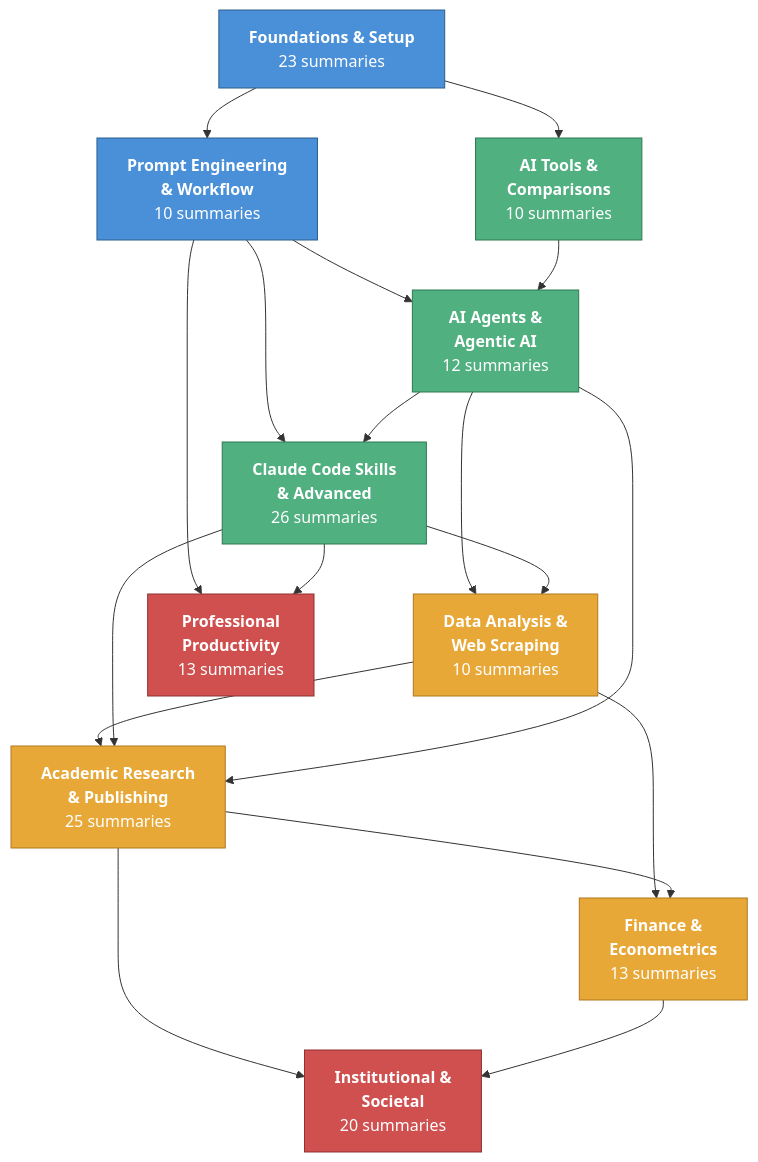
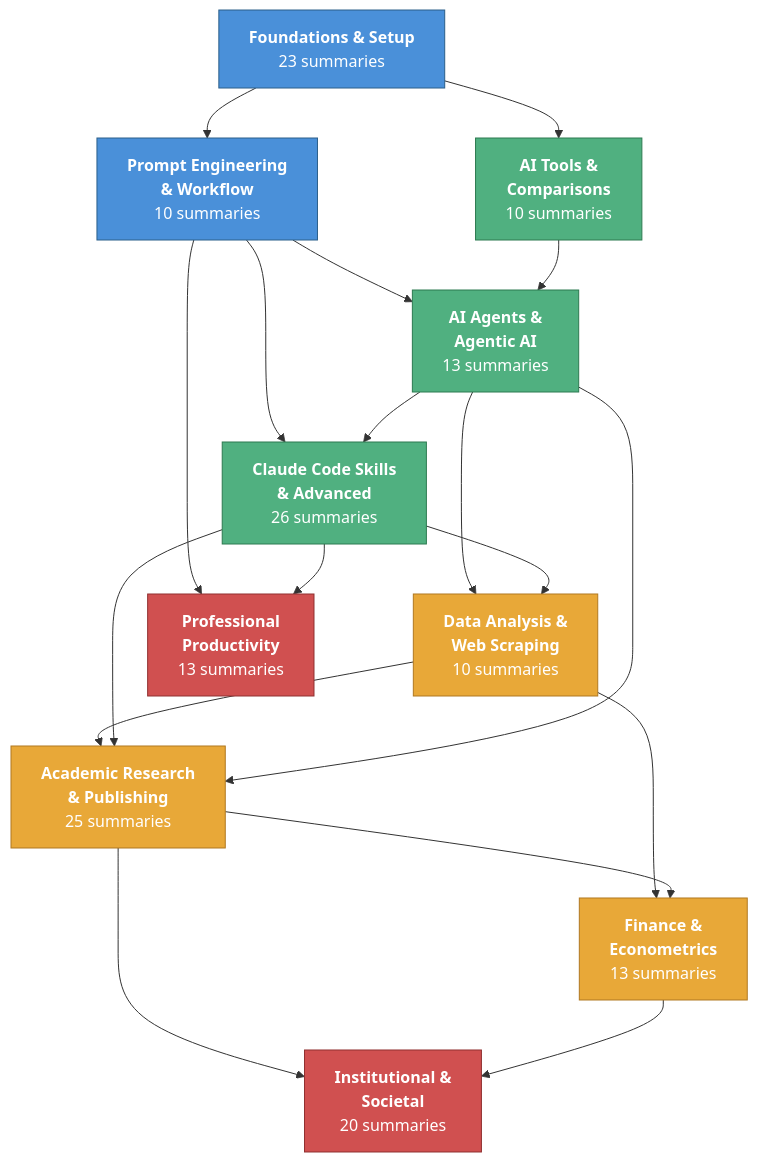
The diagram in wiki/visualizations/category-map.md (velikov-mihail/ai-econ-wiki), drawn with Mermaid before and after one commit. The commit also changed other lines of this file and 2 other files, not shown here.

Commit message:
Refresh derived pages for MY580 ingest

````diff
--- a/wiki/visualizations/category-map.md
+++ b/wiki/visualizations/category-map.md
@@ -11,49 +11,49 @@
 ```mermaid
 graph TD
     FS["<b>Foundations & Setup</b><br/>23 summaries"]
     PE["<b>Prompt Engineering<br/>& Workflow</b><br/>10 summaries"]
-    AG["<b>AI Agents &<br/>Agentic AI</b><br/>12 summaries"]
+    AG["<b>AI Agents &<br/>Agentic AI</b><br/>13 summaries"]
     CS["<b>Claude Code Skills<br/>& Advanced</b><br/>26 summaries"]
     DA["<b>Data Analysis &<br/>Web Scraping</b><br/>10 summaries"]
     AR["<b>Academic Research<br/>& Publishing</b><br/>25 summaries"]
     FE["<b>Finance &<br/>Econometrics</b><br/>13 summaries"]
     AT["<b>AI Tools &<br/>Comparisons</b><br/>10 summaries"]
     IS["<b>Institutional &<br/>Societal</b><br/>20 summaries"]
     PP["<b>Professional<br/>Productivity</b><br/>13 summaries"]
 
     %% Foundational layer
     FS --> PE
     FS --> AT
     PE --> AG
     PE --> CS
 
     %% Technical layer
     AG --> CS
     AG --> DA
     CS --> DA
     AT --> AG
 
     %% Applied layer
     DA --> AR
     DA --> FE
     AR --> FE
     CS --> AR
     AG --> AR
 
     %% Productivity & big picture
     PE --> PP
     CS --> PP
     AR --> IS
     FE --> IS
 
     %% Styling
     classDef foundation fill:#4a90d9,stroke:#2c5f8a,color:#fff
     classDef technical fill:#50b080,stroke:#2d7a50,color:#fff
     classDef applied fill:#e8a838,stroke:#b07820,color:#fff
     classDef bigpicture fill:#d05050,stroke:#903030,color:#fff
 
     class FS,PE foundation
     class AG,CS,AT technical
     class DA,AR,FE applied
     class IS,PP bigpicture
 ```
````
